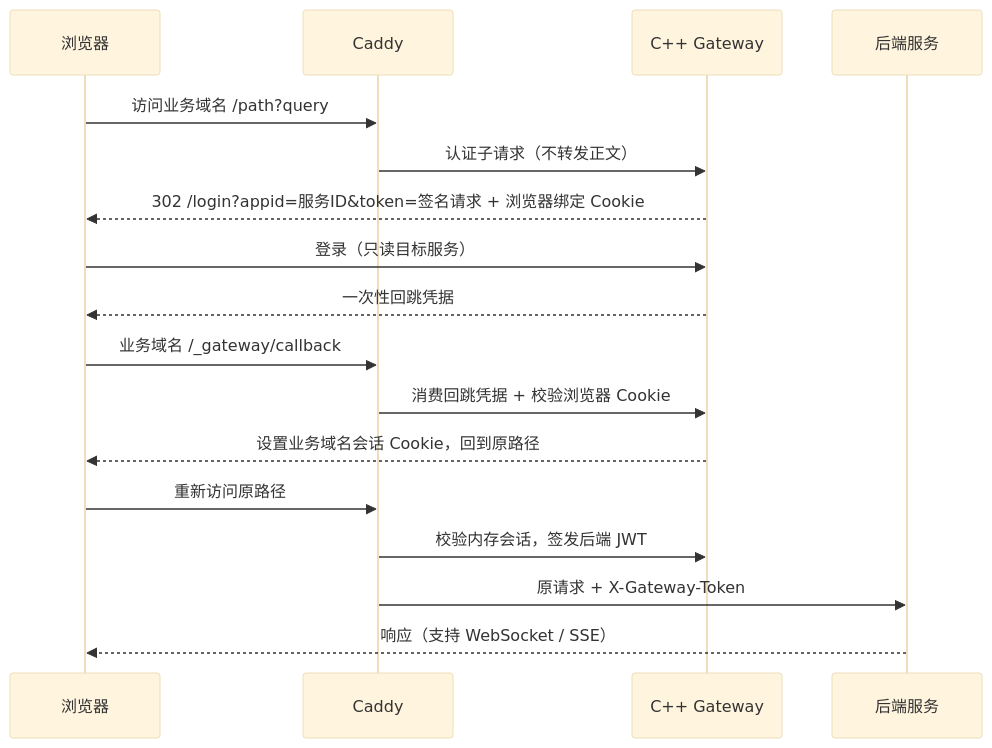
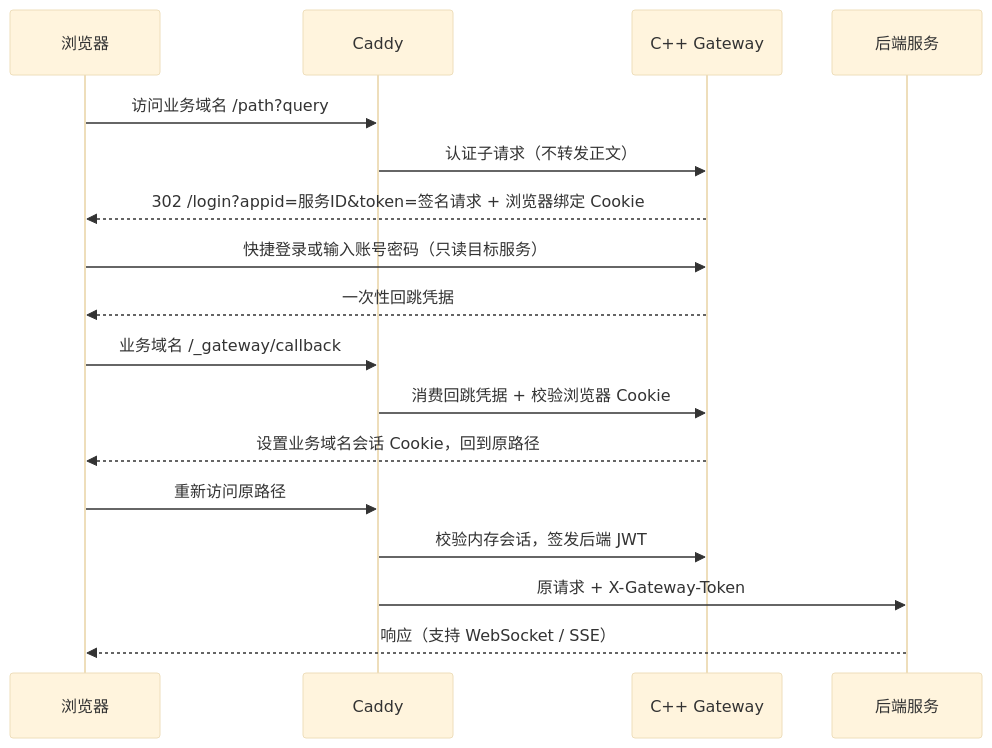
One commit to perfy576/gateway changed the diagram in README.md. Above: the diagram before and after it, drawn with Mermaid (base theme). The commit also changed other lines of this file and 7 other files, not shown here.

Commit message:
Improve Gateway login flows and mobile compatibility

````diff
--- a/README.md
+++ b/README.md
@@ -44,19 +44,19 @@
 ```mermaid
 sequenceDiagram
     participant B as 浏览器
     participant C as Caddy
     participant G as C++ Gateway
     participant A as 后端服务
     B->>C: 访问业务域名 /path?query
     C->>G: 认证子请求（不转发正文）
     G-->>B: 302 /login?appid=服务ID&token=签名请求 + 浏览器绑定 Cookie
-    B->>G: 登录（只读目标服务）
+    B->>G: 快捷登录或输入账号密码（只读目标服务）
     G-->>B: 一次性回跳凭据
     B->>C: 业务域名 /_gateway/callback
     C->>G: 消费回跳凭据 + 校验浏览器 Cookie
     G-->>B: 设置业务域名会话 Cookie，回到原路径
     B->>C: 重新访问原路径
     C->>G: 校验内存会话，签发后端 JWT
     C->>A: 原请求 + X-Gateway-Token
     A-->>B: 响应（支持 WebSocket / SSE）
 ```
````
